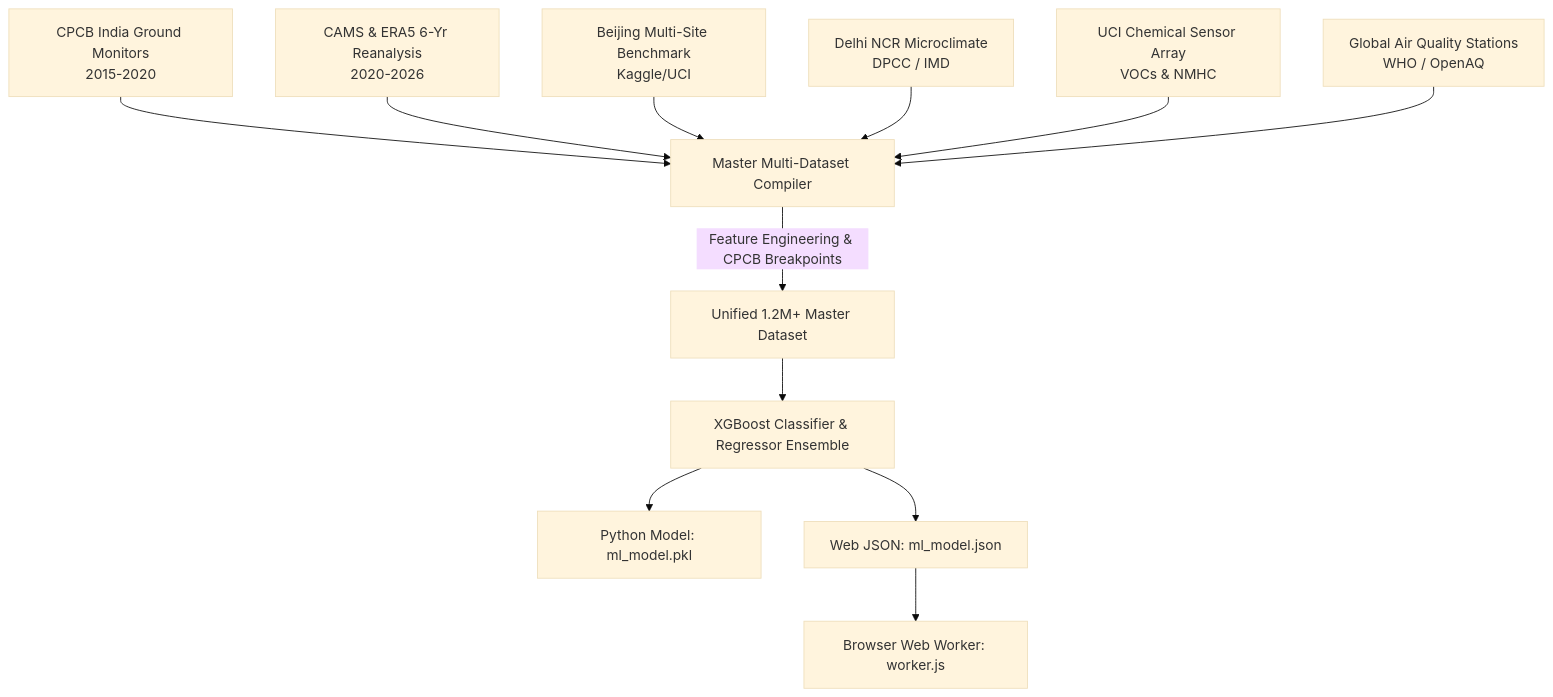
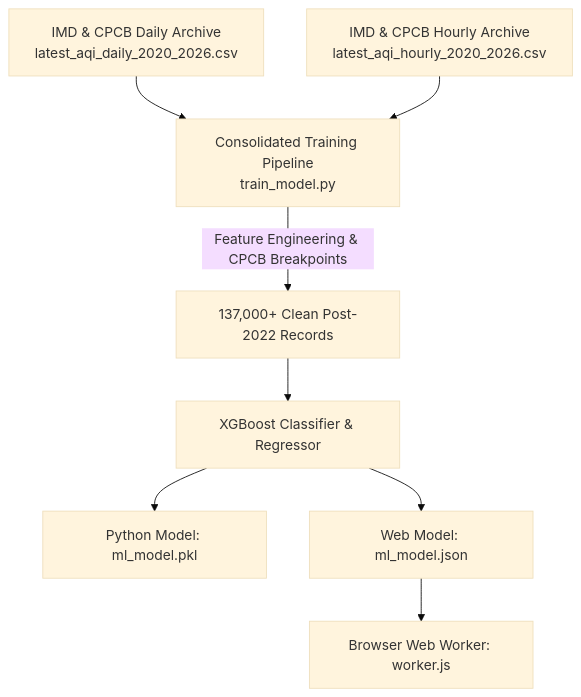
Before and after one commit to srirajpillai/AQI-Prediction: the diagram in DATASETS_CATALOG.md, drawn with Mermaid (base theme). The commit also changed other lines of this file and 11 other files, not shown here.

Commit message:
Simplify hourly prediction UI descriptions, remove ML model jargon, clean up deprecated files, and synchronize documentation

````diff
--- a/DATASETS_CATALOG.md
+++ b/DATASETS_CATALOG.md
@@ -14,15 +14,11 @@
 ```mermaid
 graph TD
-    A[CPCB India Ground Monitors<br>2015-2020] --> M[Master Multi-Dataset Compiler]
-    B[CAMS & ERA5 6-Yr Reanalysis<br>2020-2026] --> M
-    C[Beijing Multi-Site Benchmark<br>Kaggle/UCI] --> M
-    D[Delhi NCR Microclimate<br>DPCC / IMD] --> M
-    E[UCI Chemical Sensor Array<br>VOCs & NMHC] --> M
-    F[Global Air Quality Stations<br>WHO / OpenAQ] --> M
+    A[IMD & CPCB Daily Archive<br>latest_aqi_daily_2020_2026.csv] --> M[Consolidated Training Pipeline<br>train_model.py]
+    B[IMD & CPCB Hourly Archive<br>latest_aqi_hourly_2020_2026.csv] --> M
     
-    M -->|Feature Engineering & CPCB Breakpoints| DSet[Unified 1.2M+ Master Dataset]
-    DSet --> Train[XGBoost Classifier & Regressor Ensemble]
+    M -->|Feature Engineering & CPCB Breakpoints| DSet[137,000+ Clean Post-2022 Records]
+    DSet --> Train[XGBoost Classifier & Regressor]
     Train --> PKL[Python Model: ml_model.pkl]
-    Train --> JSON[Web JSON: ml_model.json]
+    Train --> JSON[Web Model: ml_model.json]
     JSON --> Worker[Browser Web Worker: worker.js]
 ```
````
